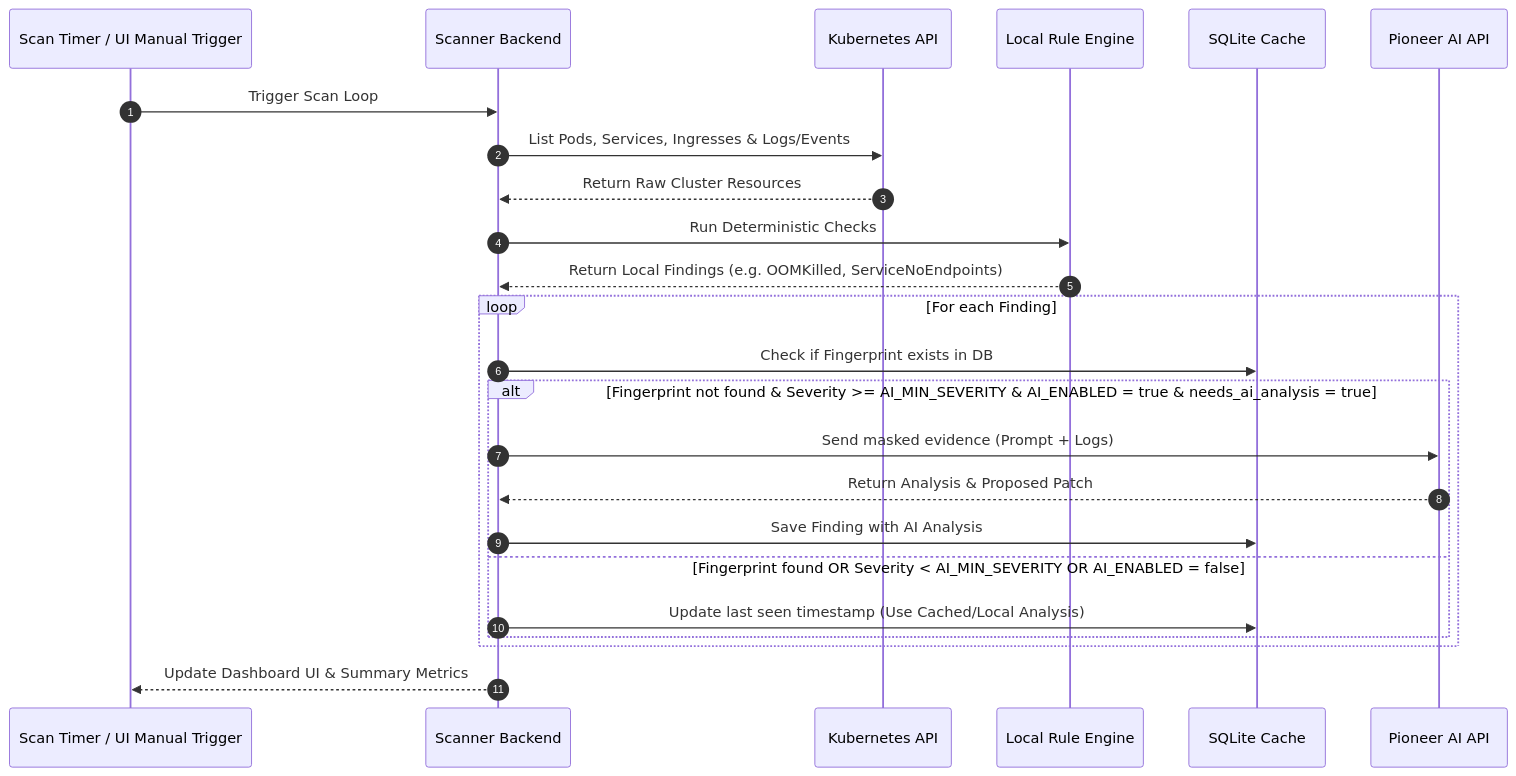
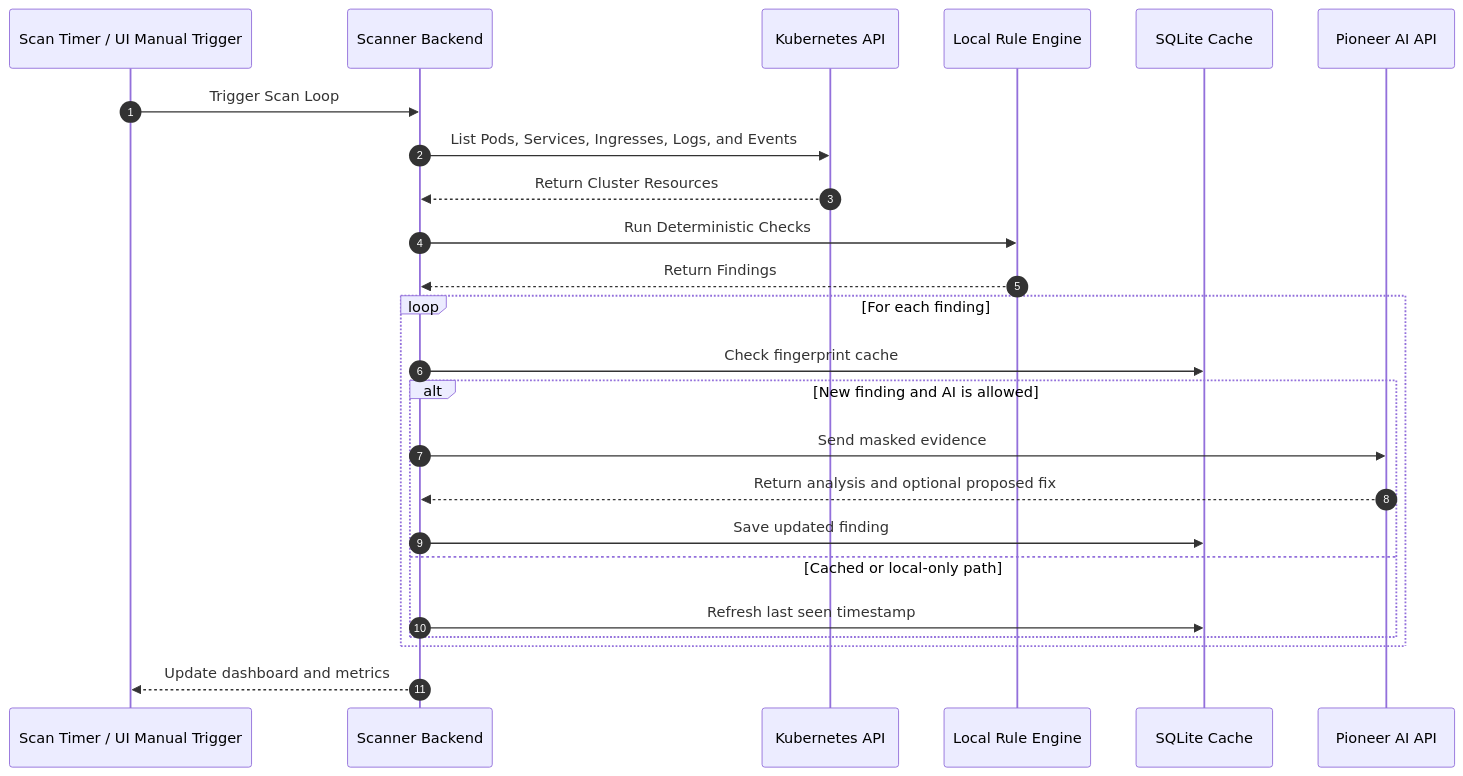
The second of 2 diagrams in README.md (devopsatolyesi/devops-ai-k8s-agent), drawn with Mermaid before and after one commit. The commit also changed other lines of this file and 10 other files, not shown here.

````diff
--- a/README.md
+++ b/README.md
@@ -77,28 +68,28 @@
 ```mermaid
 sequenceDiagram
     autonumber
     participant Timer as Scan Timer / UI Manual Trigger
     participant Scanner as Scanner Backend
     participant K8s as Kubernetes API
     participant Rules as Local Rule Engine
     participant DB as SQLite Cache
     participant AI as Pioneer AI API
 
     Timer->>Scanner: Trigger Scan Loop
-    Scanner->>K8s: List Pods, Services, Ingresses & Logs/Events
-    K8s-->>Scanner: Return Raw Cluster Resources
+    Scanner->>K8s: List Pods, Services, Ingresses, Logs, and Events
+    K8s-->>Scanner: Return Cluster Resources
     Scanner->>Rules: Run Deterministic Checks
-    Rules-->>Scanner: Return Local Findings (e.g. OOMKilled, ServiceNoEndpoints)
-    
-    loop For each Finding
-        Scanner->>DB: Check if Fingerprint exists in DB
-        alt Fingerprint not found & Severity >= AI_MIN_SEVERITY & AI_ENABLED = true & needs_ai_analysis = true
-            Scanner->>AI: Send masked evidence (Prompt + Logs)
-            AI-->>Scanner: Return Analysis & Proposed Patch
-            Scanner->>DB: Save Finding with AI Analysis
-        else Fingerprint found OR Severity < AI_MIN_SEVERITY OR AI_ENABLED = false
-            Scanner->>DB: Update last seen timestamp (Use Cached/Local Analysis)
+    Rules-->>Scanner: Return Findings
+
+    loop For each finding
+        Scanner->>DB: Check fingerprint cache
+        alt New finding and AI is allowed
+            Scanner->>AI: Send masked evidence
+            AI-->>Scanner: Return analysis and optional proposed fix
+            Scanner->>DB: Save updated finding
+        else Cached or local-only path
+            Scanner->>DB: Refresh last seen timestamp
         end
     end
-    Scanner-->>Timer: Update Dashboard UI & Summary Metrics
+    Scanner-->>Timer: Update dashboard and metrics
 ```
````
